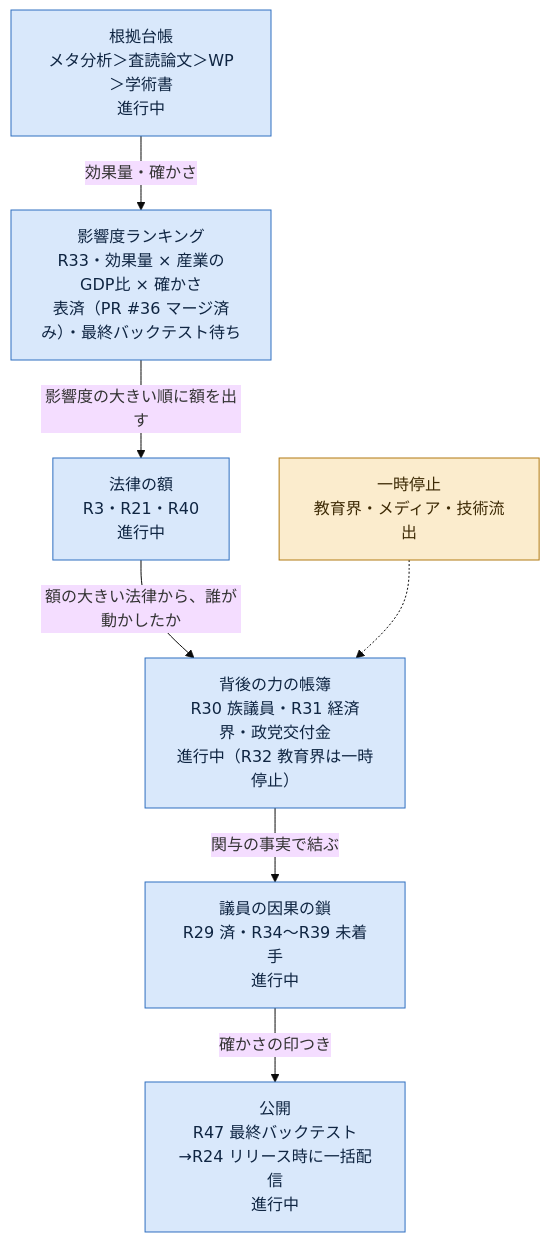
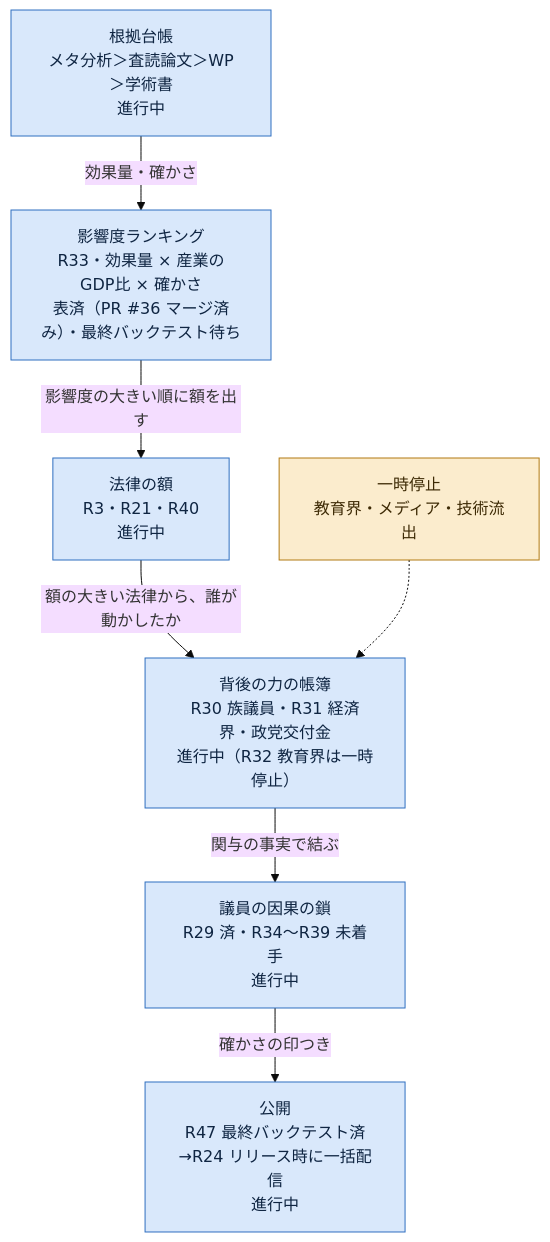
Before and after one commit to nexus-ai-2045/public-interest-lens: the second of 2 diagrams in docs/ロードマップ.md, drawn with Mermaid (base theme). The commit also changed other lines of this file, not shown here.

Commit message:
ロードマップ：R57〜R62 を図に入れ、R63〜R66（企業の成長・イノベーション阻害・研究費・産業別の市場規模）を足す

````diff
--- a/docs/ロードマップ.md
+++ b/docs/ロードマップ.md
@@ -243,19 +257,19 @@
 ```mermaid
 flowchart TD
   A["根拠台帳<br/>メタ分析＞査読論文＞WP＞学術書<br/>進行中"]:::prog
   B["影響度ランキング<br/>R33・効果量 × 産業のGDP比 × 確かさ<br/>表済（PR #36 マージ済み）・最終バックテスト待ち"]:::prog
   C["法律の額<br/>R3・R21・R40<br/>進行中"]:::prog
   D["背後の力の帳簿<br/>R30 族議員・R31 経済界・政党交付金<br/>進行中（R32 教育界は一時停止）"]:::prog
   E["議員の因果の鎖<br/>R29 済・R34〜R39 未着手<br/>進行中"]:::prog
-  F["公開<br/>R47 最終バックテスト→R24 リリース時に一括配信<br/>進行中"]:::prog
+  F["公開<br/>R47 最終バックテスト済→R24 リリース時に一括配信<br/>進行中"]:::prog
   A -->|"効果量・確かさ"| B
   B -->|"影響度の大きい順に額を出す"| C
   C -->|"額の大きい法律から、誰が動かしたか"| D
   D -->|"関与の事実で結ぶ"| E
   E -->|"確かさの印つき"| F
   P["一時停止<br/>教育界・メディア・技術流出"]:::pause -.-> D
   classDef done fill:#d7efdc,stroke:#2e7d46,color:#102a18
   classDef prog fill:#d9e8fb,stroke:#2f6fc0,color:#0f2542
   classDef pause fill:#fbeccd,stroke:#b27a12,color:#3d2a05
   classDef todo fill:#f1f1f1,stroke:#888,stroke-dasharray:4 3,color:#222
 ```
````
